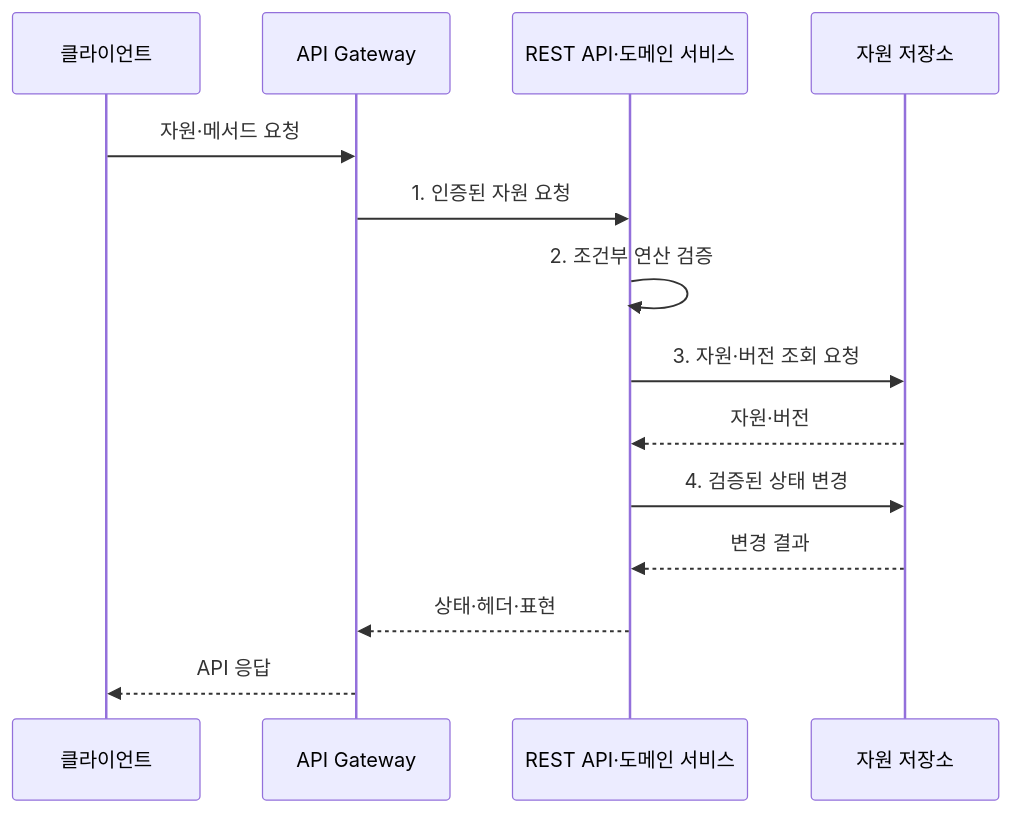
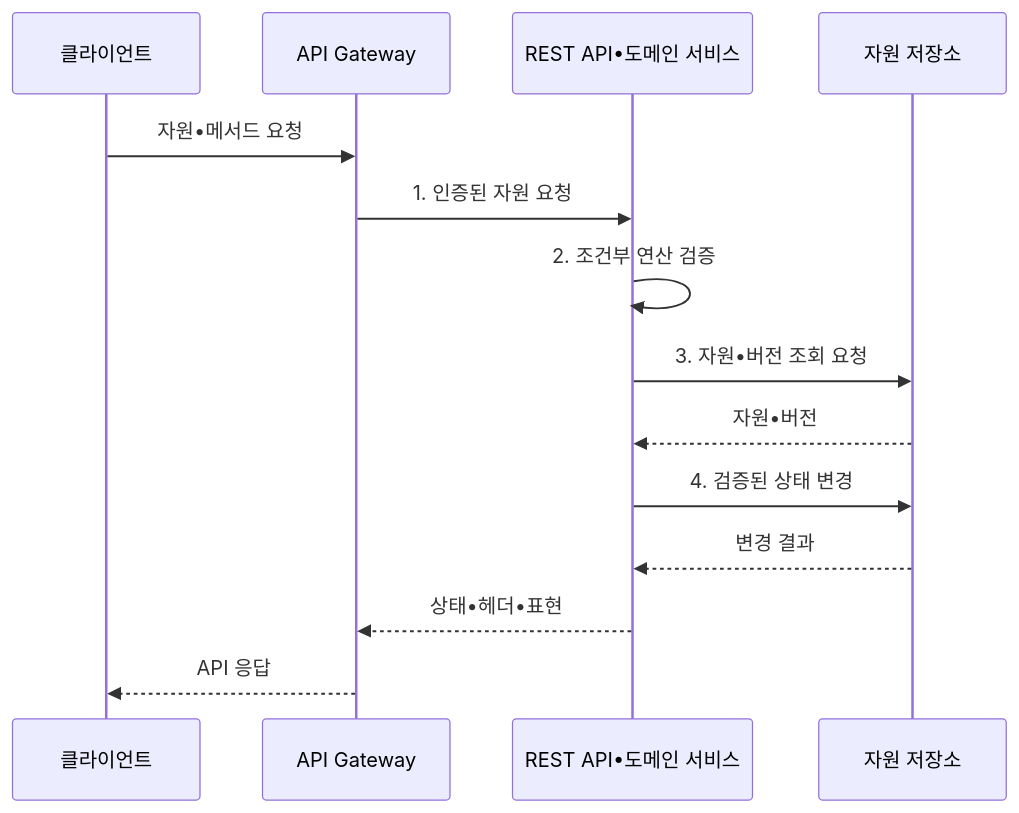
One commit to agnusdei1207/knowledge-base changed the second of 2 diagrams in src/content/docs/notes/03-software/171_restful_api_design.md. Above: the diagram before and after it, drawn with Mermaid. The commit also changed other lines of this file and 953 other files, not shown here.

````diff
--- a/src/content/docs/notes/03-software/171_restful_api_design.md
+++ b/src/content/docs/notes/03-software/171_restful_api_design.md
@@ -107,16 +107,16 @@
 ```mermaid
 sequenceDiagram
     participant C as 클라이언트
     participant G as API Gateway
-    participant A as REST API·도메인 서비스
+    participant A as REST API•도메인 서비스
     participant S as 자원 저장소
-    C->>G: 자원·메서드 요청
+    C->>G: 자원•메서드 요청
     G->>A: 1. 인증된 자원 요청
     A->>A: 2. 조건부 연산 검증
-    A->>S: 3. 자원·버전 조회 요청
-    S-->>A: 자원·버전
+    A->>S: 3. 자원•버전 조회 요청
+    S-->>A: 자원•버전
     A->>S: 4. 검증된 상태 변경
     S-->>A: 변경 결과
-    A-->>G: 상태·헤더·표현
+    A-->>G: 상태•헤더•표현
     G-->>C: API 응답
 ```
````
